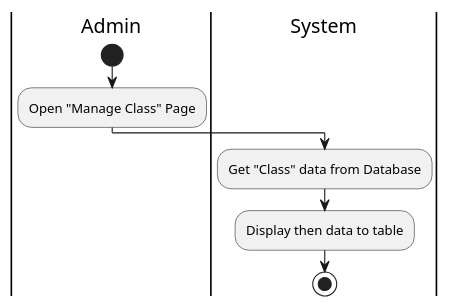
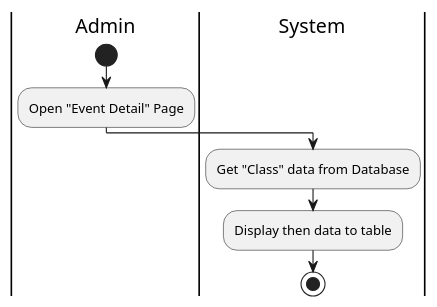
Before and after one commit to fwidjaya20/fazzlearning-uml: the diagram in Activity/Release01/GetClass_Admin.wsd, drawn with PlantUML. The commit also changed 7 other files, not shown here.

Commit message:
activity: update delete class and event flow

```diff
--- a/Activity/Release01/GetClass_Admin.wsd
+++ b/Activity/Release01/GetClass_Admin.wsd
@@ -1,17 +1,17 @@
 @startuml GetClass_Admin
 
 skinparam ConditionEndStyle hline
 skinparam Monochrome true
 skinparam Shadowing false
 
 |Admin|
 start
-:Open "Manage Class" Page;
+:Open "Event Detail" Page;
 
 |System|
 :Get "Class" data from Database;
 :Display then data to table;
 
 stop
 
 @enduml
```
